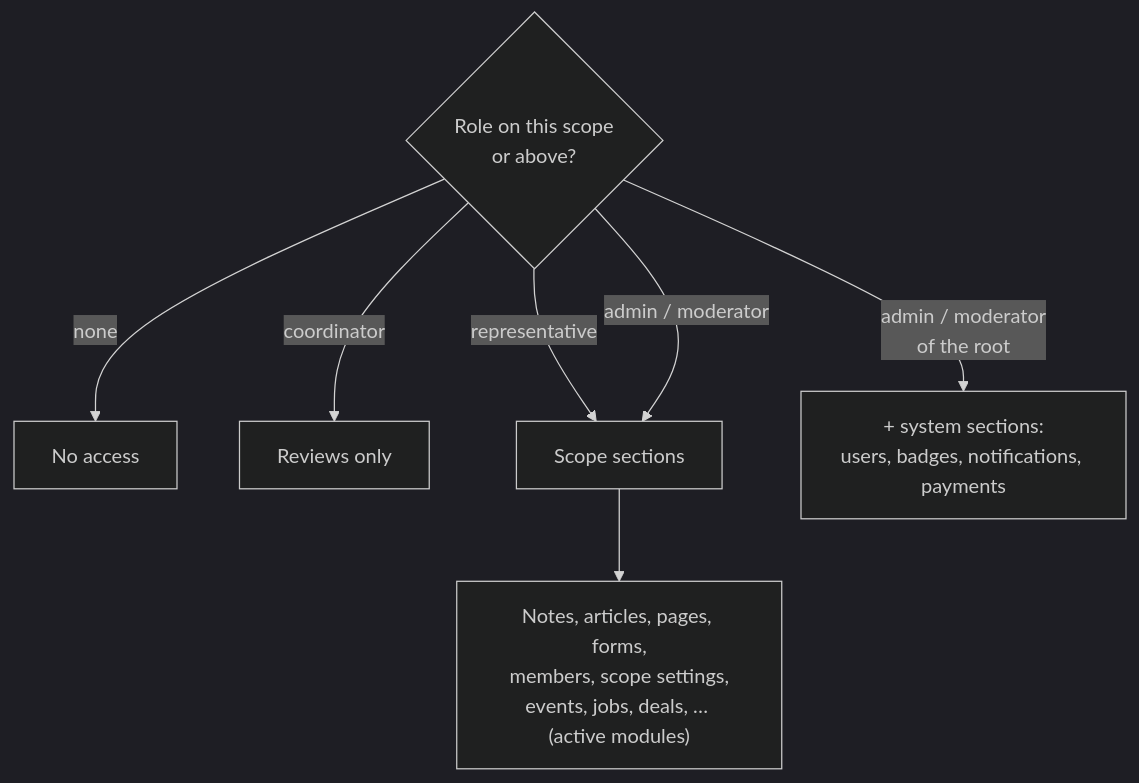
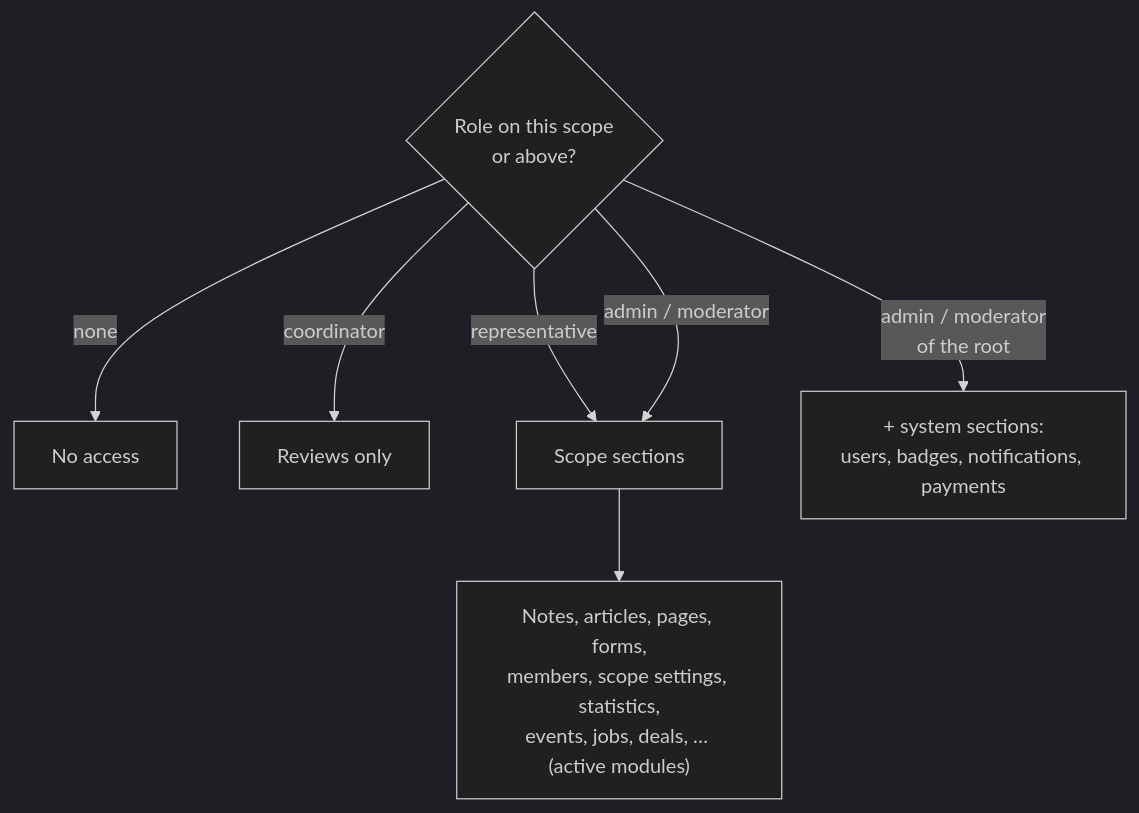
The diagram in src/core/admin/features/admin-area.md (Konkrad/cms), drawn with Mermaid (dark theme) before and after one commit. The commit also changed other lines of this file and 42 other files, not shown here.

First line of the commit message:
Statistics per scope and per event (#136)

````diff
--- a/src/core/admin/features/admin-area.md
+++ b/src/core/admin/features/admin-area.md
@@ -13,10 +13,10 @@
 ```mermaid
 flowchart TD
     who{"Role on this scope<br/>or above?"}
     who -- "none" --> no["No access"]
     who -- "coordinator" --> rev["Reviews only"]
     who -- "representative" --> man["Scope sections"]
     who -- "admin / moderator" --> man
-    man --> s1["Notes, articles, pages, forms,<br/>members, scope settings,<br/>events, jobs, deals, … (active modules)"]
+    man --> s1["Notes, articles, pages, forms,<br/>members, scope settings, statistics,<br/>events, jobs, deals, … (active modules)"]
     who -- "admin / moderator<br/>of the root" --> sys["+ system sections:<br/>users, badges, notifications, payments"]
 ```
````
